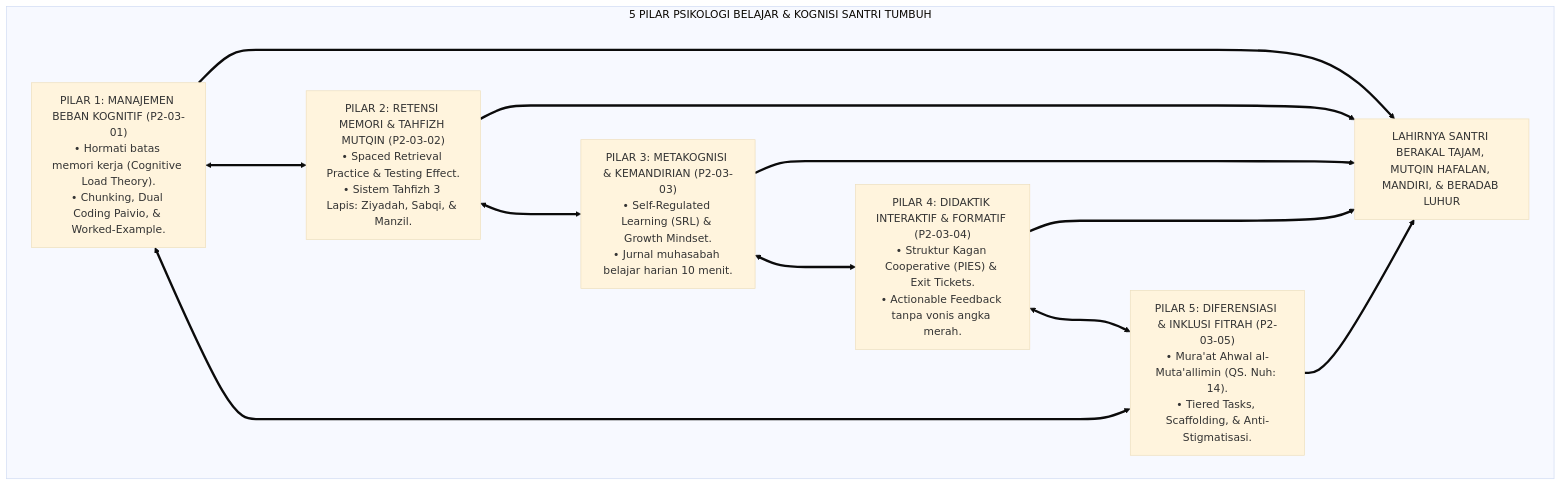
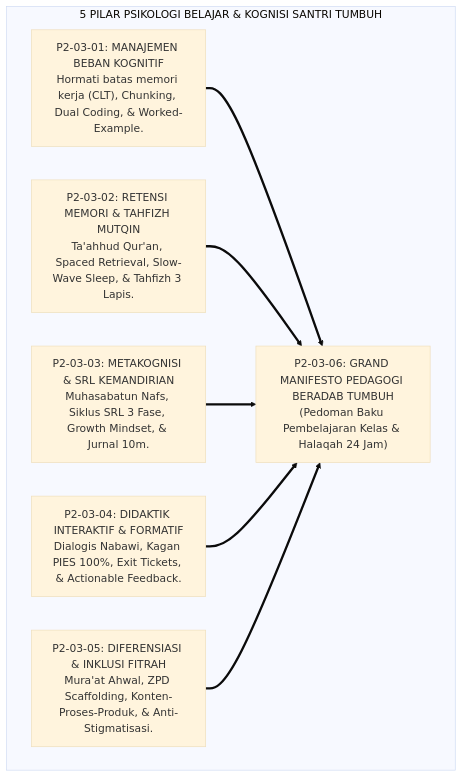
One commit to wandiapriliyandi/tumbuh changed the first of 3 diagrams in 02 Principles/03 Learning Principles/P2-03-06-Sintesis-Learning-Principles-TUMBUH.md. Above: the diagram before and after it, drawn with Mermaid (base theme). The commit also changed other lines of this file and 6 other files, not shown here.

````diff
--- a/02 Principles/03 Learning Principles/P2-03-06-Sintesis-Learning-Principles-TUMBUH.md
+++ b/02 Principles/03 Learning Principles/P2-03-06-Sintesis-Learning-Principles-TUMBUH.md
@@ -56,24 +56,14 @@
 ```mermaid
 flowchart TD
     subgraph ArsitekturSintesisLearningPrinciples["5 PILAR PSIKOLOGI BELAJAR & KOGNISI SANTRI TUMBUH"]
-        P1["PILAR 1: MANAJEMEN BEBAN KOGNITIF (P2-03-01)<br/>• Hormati batas memori kerja (Cognitive Load Theory).<br/>• Chunking, Dual Coding Paivio, & Worked-Example."]
+        P1["P2-03-01: MANAJEMEN BEBAN KOGNITIF<br/>Hormati batas memori kerja (CLT), Chunking, Dual Coding, & Worked-Example."]
+        P2["P2-03-02: RETENSI MEMORI & TAHFIZH MUTQIN<br/>Ta'ahhud Qur'an, Spaced Retrieval, Slow-Wave Sleep, & Tahfizh 3 Lapis."]
+        P3["P2-03-03: METAKOGNISI & SRL KEMANDIRIAN<br/>Muhasabatun Nafs, Siklus SRL 3 Fase, Growth Mindset, & Jurnal 10m."]
+        P4["P2-03-04: DIDAKTIK INTERAKTIF & FORMATIF<br/>Dialogis Nabawi, Kagan PIES 100%, Exit Tickets, & Actionable Feedback."]
+        P5["P2-03-05: DIFERENSIASI & INKLUSI FITRAH<br/>Mura'at Ahwal, ZPD Scaffolding, Konten-Proses-Produk, & Anti-Stigmatisasi."]
         
-        P2["PILAR 2: RETENSI MEMORI & TAHFIZH MUTQIN (P2-03-02)<br/>• Spaced Retrieval Practice & Testing Effect.<br/>• Sistem Tahfizh 3 Lapis: Ziyadah, Sabqi, & Manzil."]
+        ManifestoInduk["P2-03-06: GRAND MANIFESTO PEDAGOGI BERADAB TUMBUH<br/>(Pedoman Baku Pembelajaran Kelas & Halaqah 24 Jam)"]
         
-        P3["PILAR 3: METAKOGNISI & KEMANDIRIAN (P2-03-03)<br/>• Self-Regulated Learning (SRL) & Growth Mindset.<br/>• Jurnal muhasabah belajar harian 10 menit."]
-        
-        P4["PILAR 4: DIDAKTIK INTERAKTIF & FORMATIF (P2-03-04)<br/>• Struktur Kagan Cooperative (PIES) & Exit Tickets.<br/>• Actionable Feedback tanpa vonis angka merah."]
-        
-        P5["PILAR 5: DIFERENSIASI & INKLUSI FITRAH (P2-03-05)<br/>• Mura'at Ahwal al-Muta'allimin (QS. Nuh: 14).<br/>• Tiered Tasks, Scaffolding, & Anti-Stigmatisasi."]
-        
-        P1 <===> P2
-        P2 <===> P3
-        P3 <===> P4
-        P4 <===> P5
-        P5 <===> P1
-        
-        Pusat["LAHIRNYA SANTRI BERAKAL TAJAM, MUTQIN HAFALAN, MANDIRI, & BERADAB LUHUR"]
-        
-        P1 & P2 & P3 & P4 & P5 ==> Pusat
+        P1 & P2 & P3 & P4 & P5 ==> ManifestoInduk
     end
 ```
````
